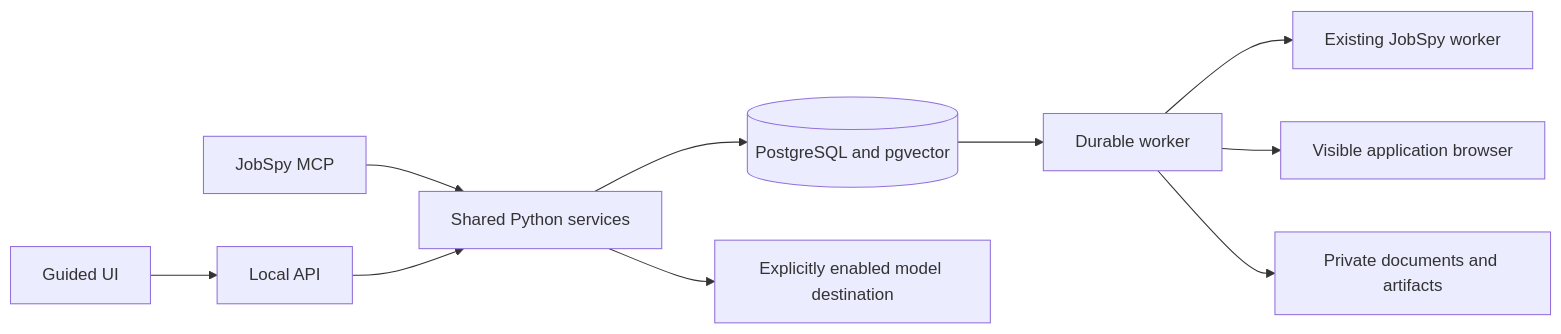
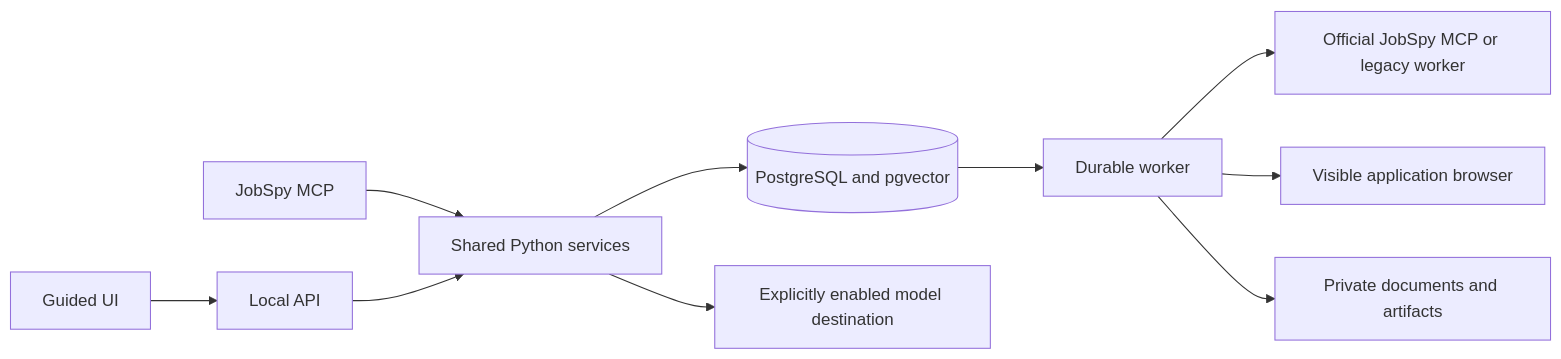
Before and after one commit to WilliamBCampbell/JobSearchAgent: the diagram in docs/ARCHITECTURE.md, drawn with Mermaid. The commit also changed other lines of this file and 15 other files, not shown here.

Commit message:
Integrate official JobSpy MCP after live comparison

````diff
--- a/docs/ARCHITECTURE.md
+++ b/docs/ARCHITECTURE.md
@@ -39,12 +39,12 @@
 ```mermaid
 flowchart LR
   UI[Guided UI] --> API[Local API]
   MCP[JobSpy MCP] --> Services[Shared Python services]
   API --> Services
   Services --> PG[(PostgreSQL and pgvector)]
   PG --> Worker[Durable worker]
-  Worker --> JS[Existing JobSpy worker]
+  Worker --> JS[Official JobSpy MCP or legacy worker]
   Worker --> Browser[Visible application browser]
   Worker --> Files[Private documents and artifacts]
   Services --> Provider[Explicitly enabled model destination]
 ```
````
